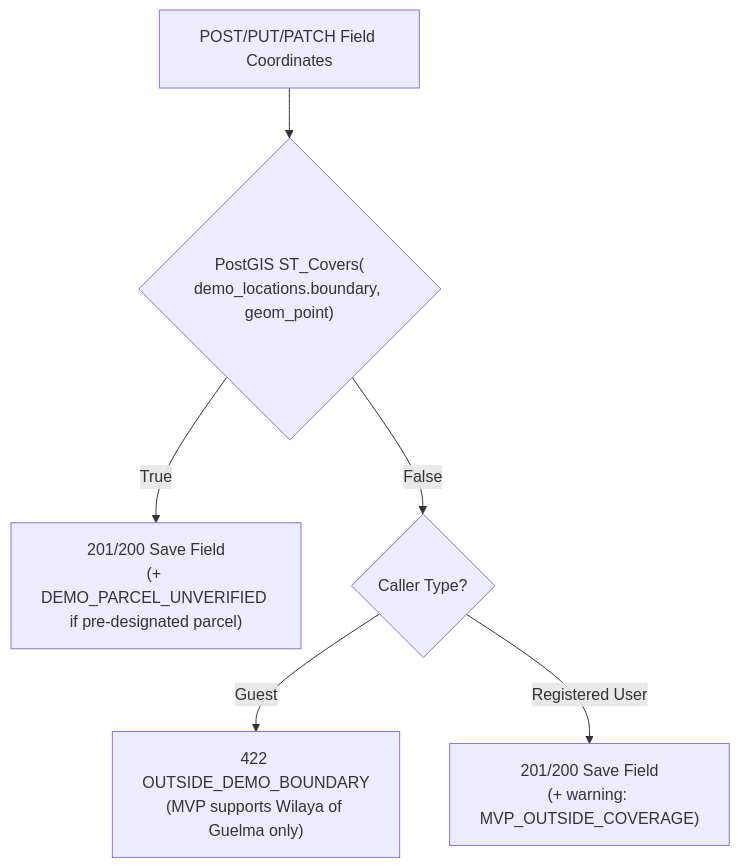
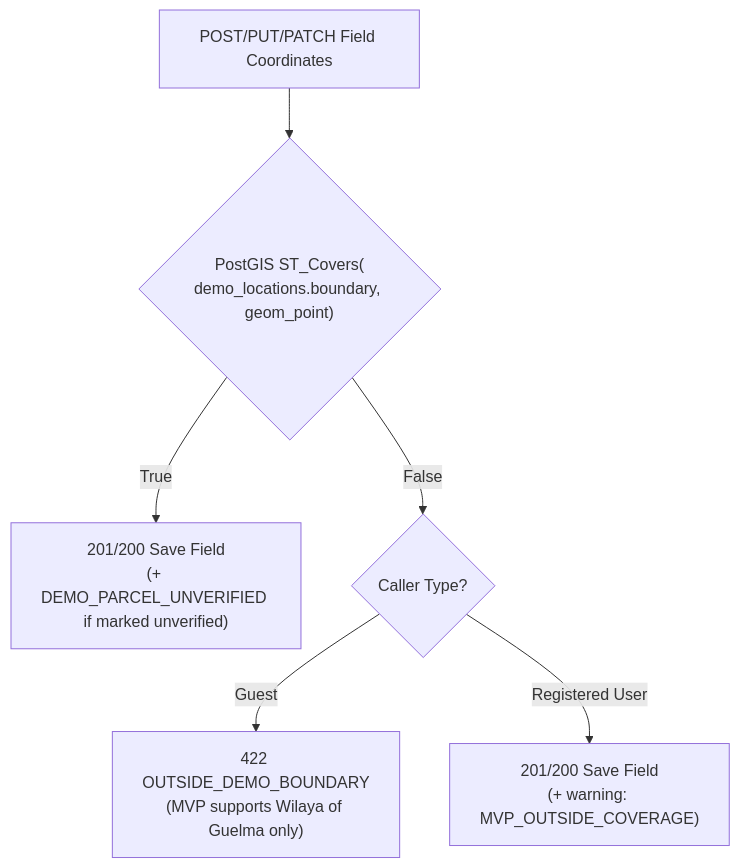
Before and after one commit to Sidali-Djeghbal/Fellahtech-fieldshift-planner: the third of 5 diagrams in SYSTEM DESGIN/SYSTEM DESGIN/Architecture Decision Records (ADR).md, drawn with Mermaid. The commit also changed other lines of this file and 12 other files, not shown here.

````diff
--- a/SYSTEM DESGIN/SYSTEM DESGIN/Architecture Decision Records (ADR).md
+++ b/SYSTEM DESGIN/SYSTEM DESGIN/Architecture Decision Records (ADR).md
@@ -122,8 +122,8 @@
 ```mermaid
 flowchart TD
     Write["POST/PUT/PATCH Field Coordinates"] --> CheckInside{"PostGIS ST_Covers(\ndemo_locations.boundary, geom_point)"}
-    CheckInside -- True --> SaveOK["201/200 Save Field\n(+ DEMO_PARCEL_UNVERIFIED if pre-designated parcel)"]
+    CheckInside -- True --> SaveOK["201/200 Save Field\n(+ DEMO_PARCEL_UNVERIFIED if marked unverified)"]
     CheckInside -- False --> CallerType{"Caller Type?"}
     CallerType -- Guest --> Reject["422 OUTSIDE_DEMO_BOUNDARY\n(MVP supports Wilaya of Guelma only)"]
     CallerType -- Registered User --> SaveWarn["201/200 Save Field\n(+ warning: MVP_OUTSIDE_COVERAGE)"]
 ```
````
